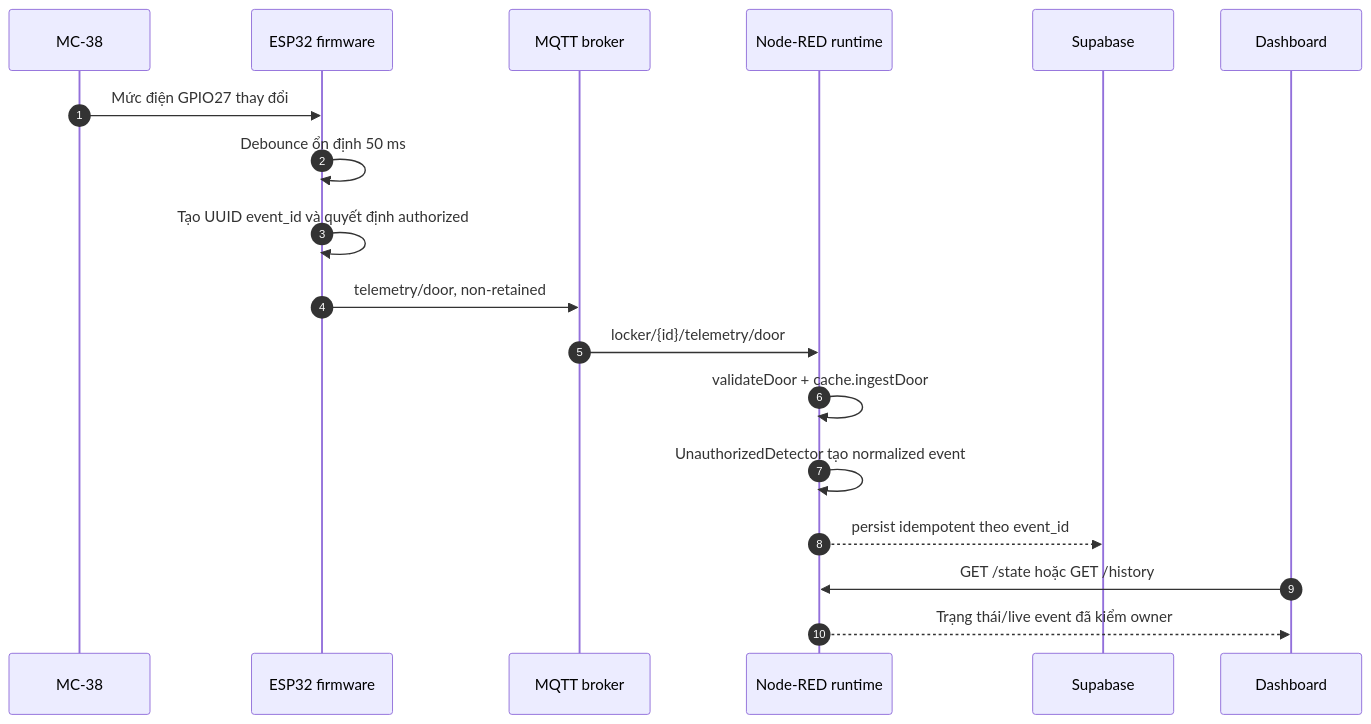
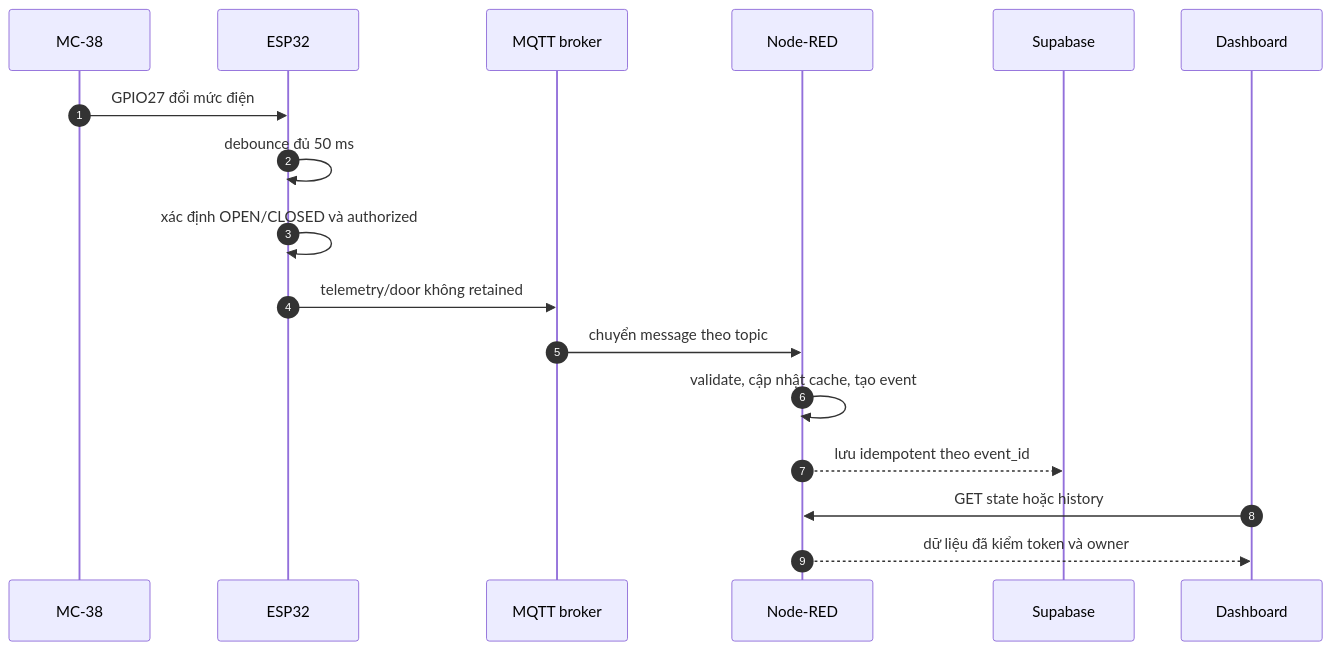
One commit to ThaiQuangHuy2906/smart-privacy-locker changed the third of 28 diagrams in ON_TAP_VAN_DAP_CHI_TIET.md. Above: the diagram before and after it, drawn with Mermaid. The commit also changed other lines of this file and 25 other files, not shown here.

````diff
--- a/ON_TAP_VAN_DAP_CHI_TIET.md
+++ b/ON_TAP_VAN_DAP_CHI_TIET.md
@@ -193,21 +136,20 @@
 ```mermaid
 sequenceDiagram
     autonumber
     participant M as MC-38
-    participant F as ESP32 firmware
+    participant E as ESP32
     participant Q as MQTT broker
-    participant N as Node-RED runtime
+    participant N as Node-RED
     participant S as Supabase
     participant W as Dashboard
 
-    M->>F: Mức điện GPIO27 thay đổi
-    F->>F: Debounce ổn định 50 ms
-    F->>F: Tạo UUID event_id và quyết định authorized
-    F->>Q: telemetry/door, non-retained
-    Q->>N: locker/{id}/telemetry/door
-    N->>N: validateDoor + cache.ingestDoor
-    N->>N: UnauthorizedDetector tạo normalized event
-    N-->>S: persist idempotent theo event_id
-    W->>N: GET /state hoặc GET /history
-    N-->>W: Trạng thái/live event đã kiểm owner
+    M->>E: GPIO27 đổi mức điện
+    E->>E: debounce đủ 50 ms
+    E->>E: xác định OPEN/CLOSED và authorized
+    E->>Q: telemetry/door không retained
+    Q->>N: chuyển message theo topic
+    N->>N: validate, cập nhật cache, tạo event
+    N-->>S: lưu idempotent theo event_id
+    W->>N: GET state hoặc history
+    N-->>W: dữ liệu đã kiểm token và owner
 ```
````
